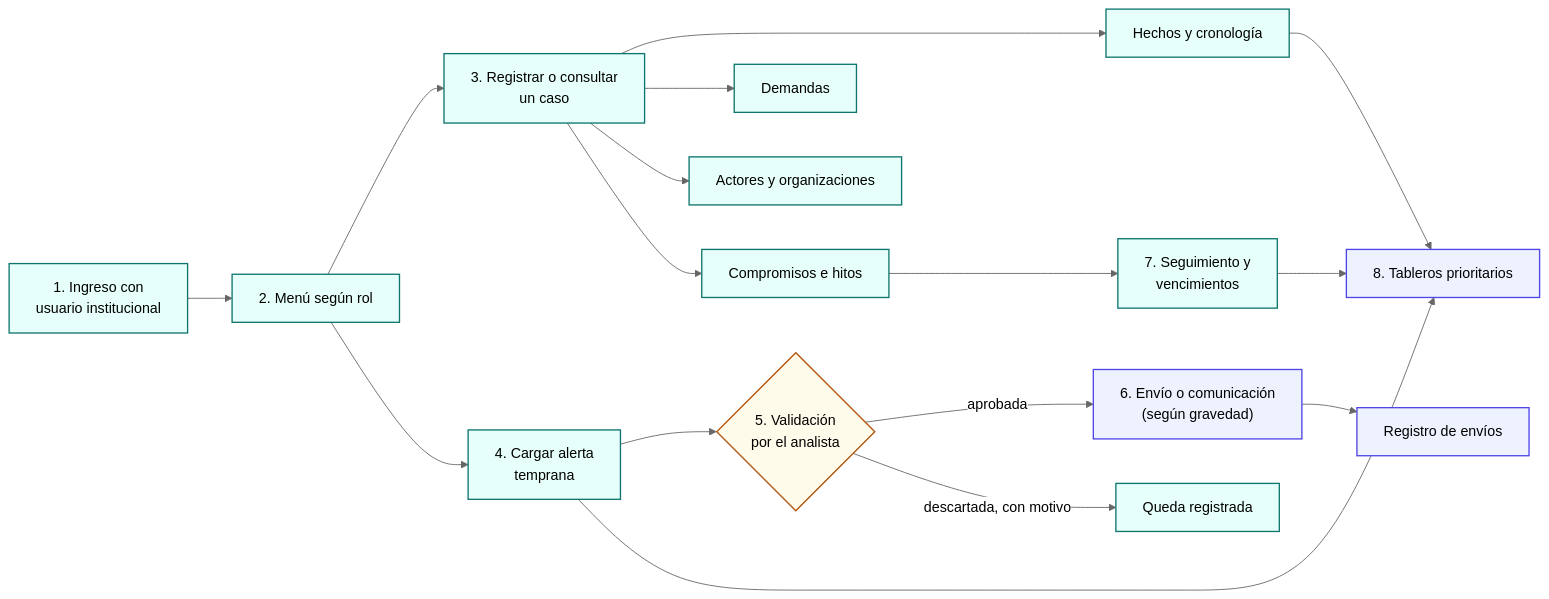
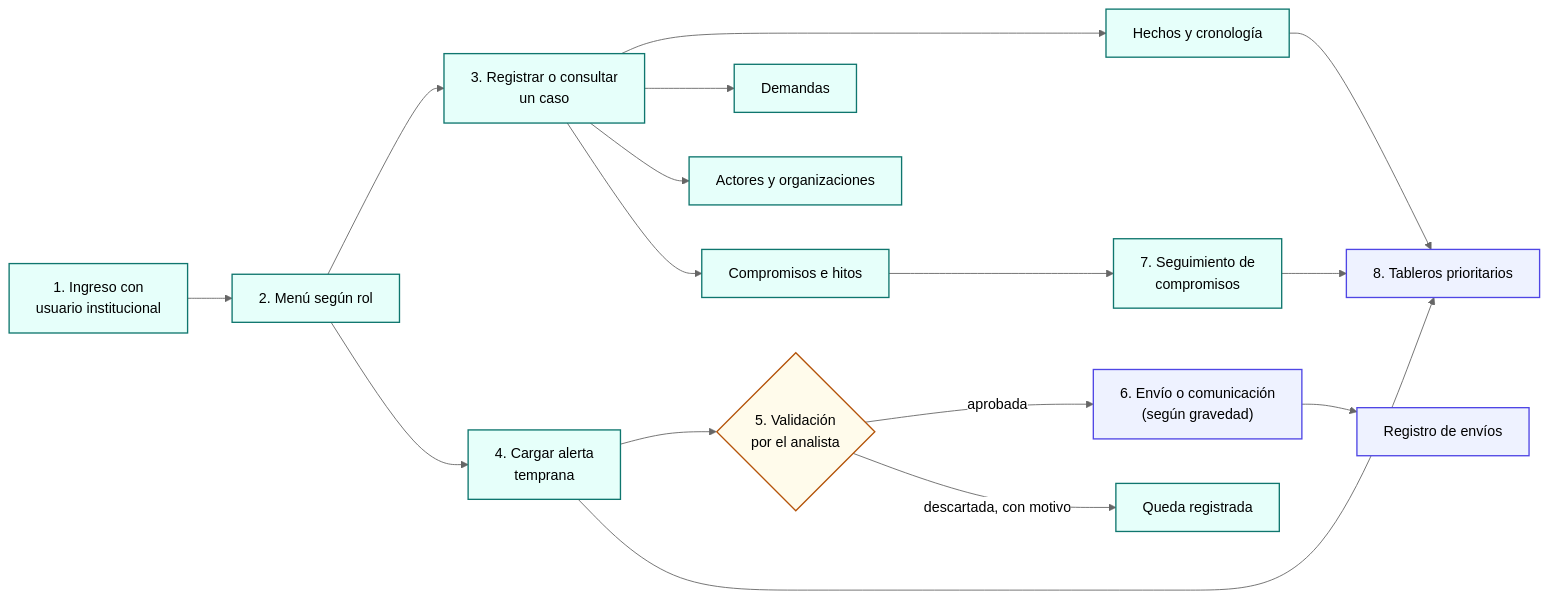
Before and after one commit to diegopaucarv/avisa: the first of 9 diagrams in docs/ERS_AVISA_PRODUCE_v0.6.md, drawn with Mermaid (neutral theme). The commit also changed other lines of this file and 5 other files, not shown here.

````diff
--- a/docs/ERS_AVISA_PRODUCE_v0.6.md
+++ b/docs/ERS_AVISA_PRODUCE_v0.6.md
@@ -556,19 +561,19 @@
 ```mermaid
 flowchart LR
   classDef paso fill:#e6fffa,stroke:#0f766e,stroke-width:1.5px;
   classDef decision fill:#fffbeb,stroke:#b45309,stroke-width:1.5px;
   classDef salida fill:#eef2ff,stroke:#4f46e5,stroke-width:1.5px;
 
   L["1. Ingreso con<br/>usuario institucional"]:::paso --> M["2. Menú según rol"]:::paso
   M --> C["3. Registrar o consultar<br/>un caso"]:::paso
   C --> H["Hechos y cronología"]:::paso
   C --> D["Demandas"]:::paso
   C --> A["Actores y organizaciones"]:::paso
   C --> K["Compromisos e hitos"]:::paso
   M --> AL["4. Cargar alerta<br/>temprana"]:::paso --> V{"5. Validación<br/>por el analista"}:::decision
   V -->|aprobada| EN["6. Envío o comunicación<br/>(según gravedad)"]:::salida
   V -->|descartada, con motivo| X["Queda registrada"]:::paso
   EN --> R["Registro de envíos"]:::salida
-  K --> S["7. Seguimiento y<br/>vencimientos"]:::paso
+  K --> S["7. Seguimiento de<br/>compromisos"]:::paso
   H & AL & S --> T["8. Tableros prioritarios"]:::salida
 ```
````
